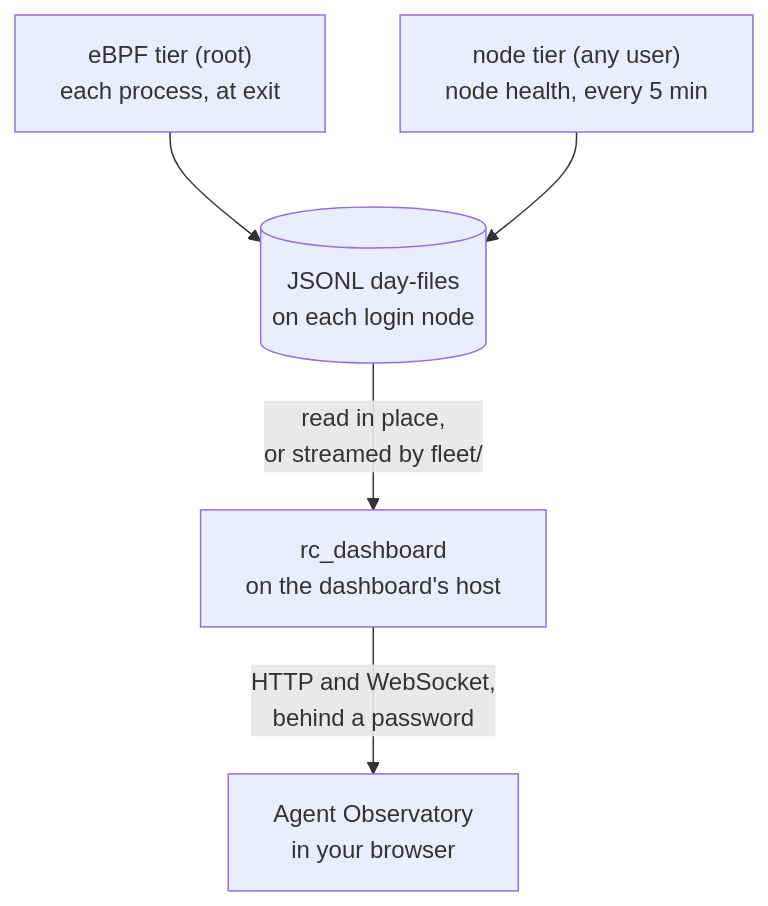
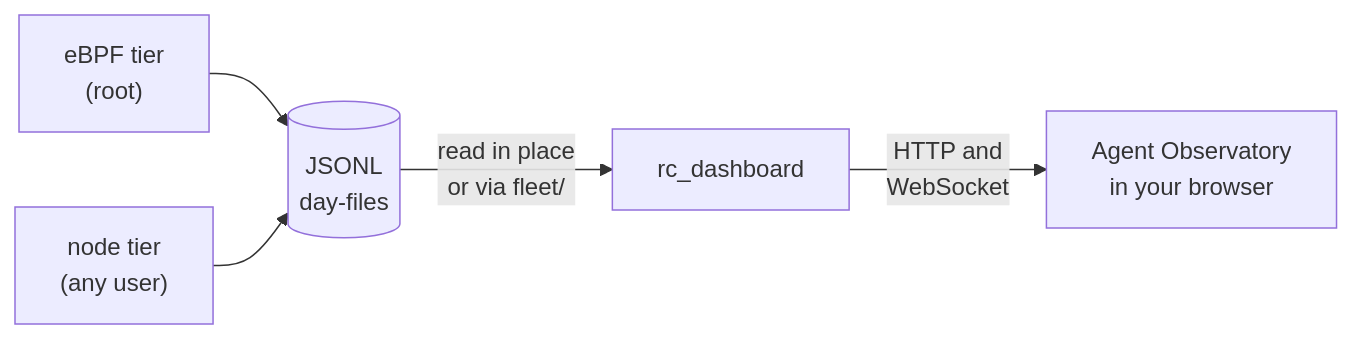
Before and after one commit to HarvardMadSys/agentic-hpc-dashboard: the diagram in README.md, drawn with Mermaid.

Commit message:
Docs: the README's diagram on one row
Top to bottom, five boxes ran about 860 px tall, nearly a screen of its
own. Left to right with short labels, the same flow is one row: the two
tiers, their day-files, the service, and the page. What each step does is
in the numbered paragraphs under it.

Claude-Session: https://claude.ai/code/session_015VD7L9piUuWbMR1Lnquq5K

````diff
--- a/README.md
+++ b/README.md
@@ -39,12 +39,7 @@
 ```mermaid
-flowchart TB
-    ebpf["eBPF tier (root)<br/>each process, at exit"]
-    nodetier["node tier (any user)<br/>node health, every 5 min"]
-    files[("JSONL day-files<br/>on each login node")]
-    svc["rc_dashboard<br/>on the dashboard's host"]
-    page["Agent Observatory<br/>in your browser"]
-    ebpf --> files
-    nodetier --> files
-    files -->|"read in place,<br/>or streamed by fleet/"| svc
-    svc -->|"HTTP and WebSocket,<br/>behind a password"| page
+flowchart LR
+    ebpf["eBPF tier<br/>(root)"] --> files
+    nodetier["node tier<br/>(any user)"] --> files
+    files[("JSONL<br/>day-files")] -->|"read in place<br/>or via fleet/"| svc["rc_dashboard"]
+    svc -->|"HTTP and<br/>WebSocket"| page["Agent Observatory<br/>in your browser"]
 ```
````
